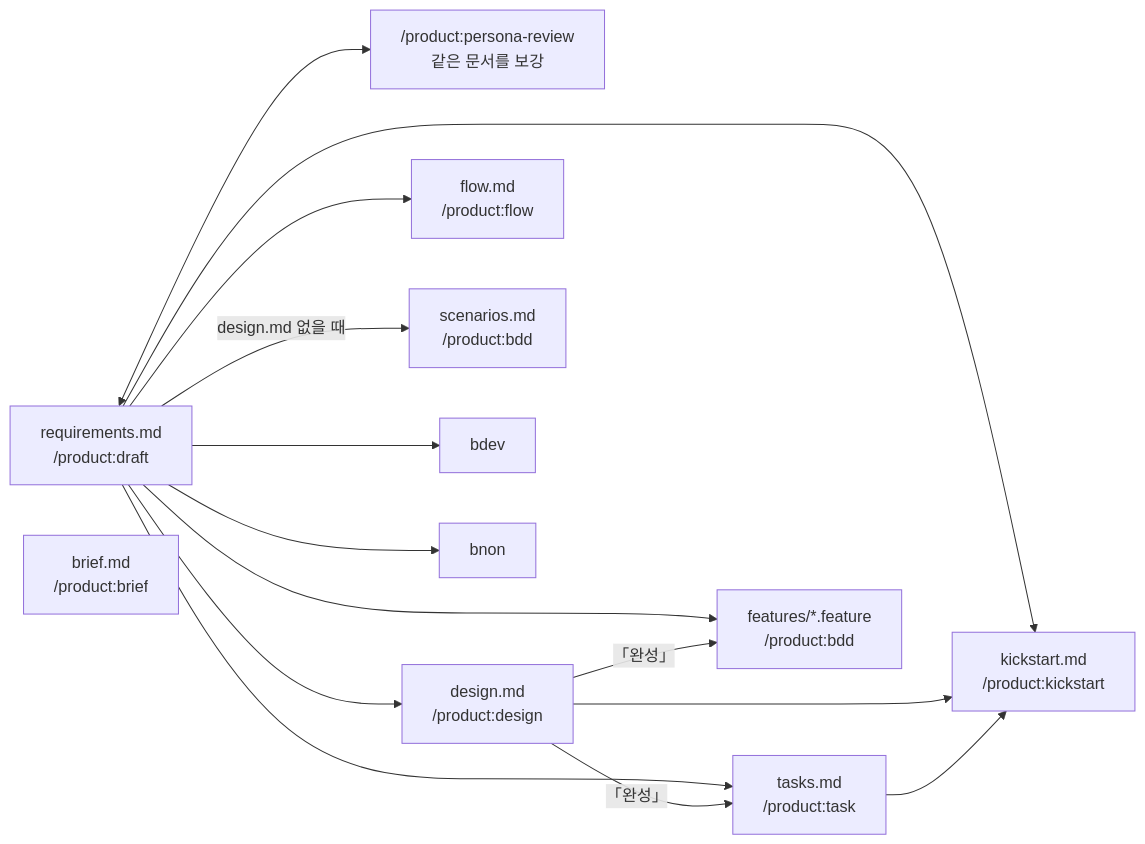
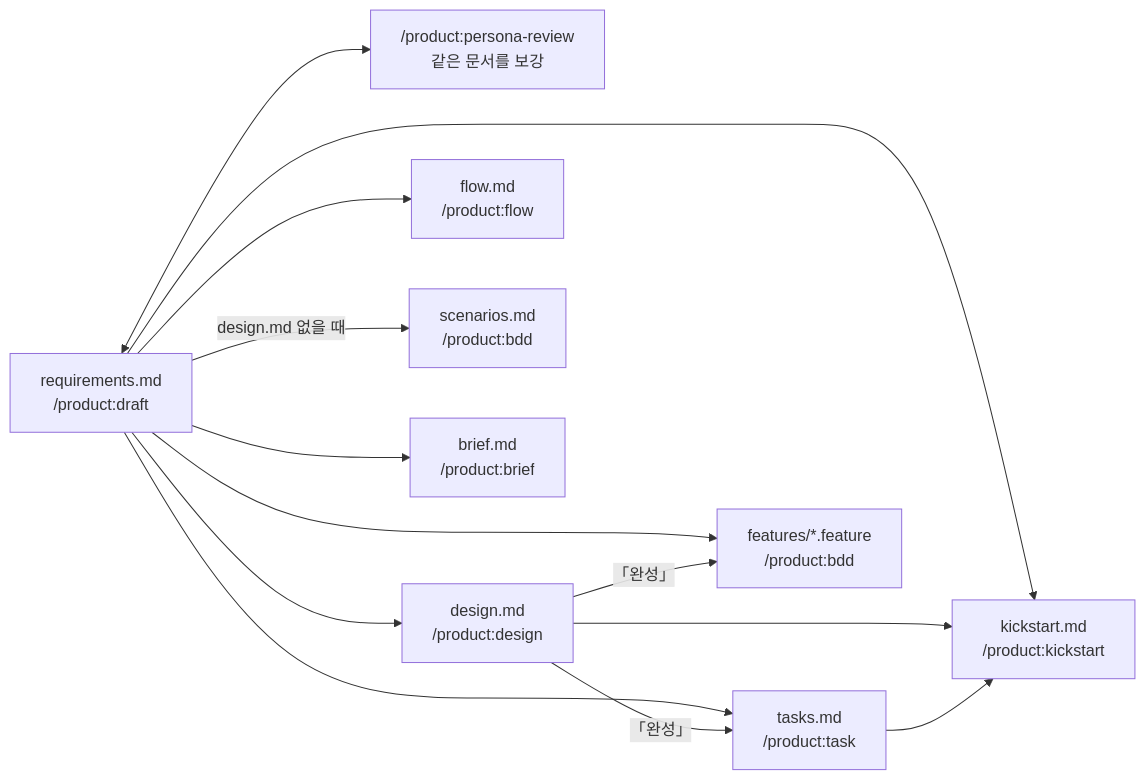
Before and after one commit to dorage/product-skills: the diagram in plugins/product/OUTPUT.md, drawn with Mermaid. The commit also changed 2 other files, not shown here.

Commit message:
fix(product):brief 설명이 잘리지 않게 하고 남은 그림 연결선 정리
설명 속 경계 줄 글자에서 스킬 설명이 잘려 뒤쪽 규칙과 트리거가 보이지 않았다.

````diff
--- a/plugins/product/OUTPUT.md
+++ b/plugins/product/OUTPUT.md
@@ -28,25 +28,24 @@
 ```mermaid
 flowchart LR
     req["requirements.md<br/>/product:draft"]
     rev["/product:persona-review<br/>같은 문서를 보강"]
     des["design.md<br/>/product:design"]
     flw["flow.md<br/>/product:flow"]
     tsk["tasks.md<br/>/product:task"]
     fea["features/*.feature<br/>/product:bdd"]
     scn["scenarios.md<br/>/product:bdd"]
     brief["brief.md<br/>/product:brief"]
     req <--> rev
     req --> des
     req --> flw
     req --> tsk
     req --> fea
     req -- design.md 없을 때 --> scn
-    req --> bdev
-    req --> bnon
+    req --> brief
     des -- 「완성」 --> tsk
     des -- 「완성」 --> fea
     kck["kickstart.md<br/>/product:kickstart"]
     req --> kck
     des --> kck
     tsk --> kck
 ```
````
